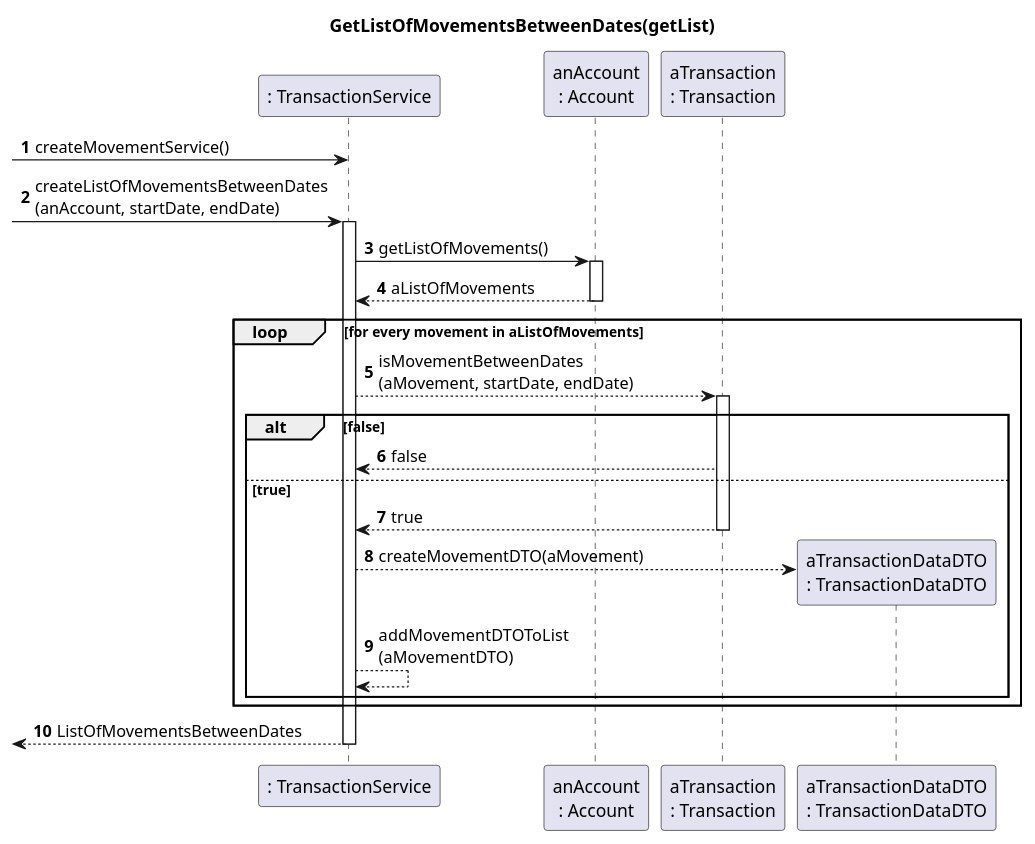
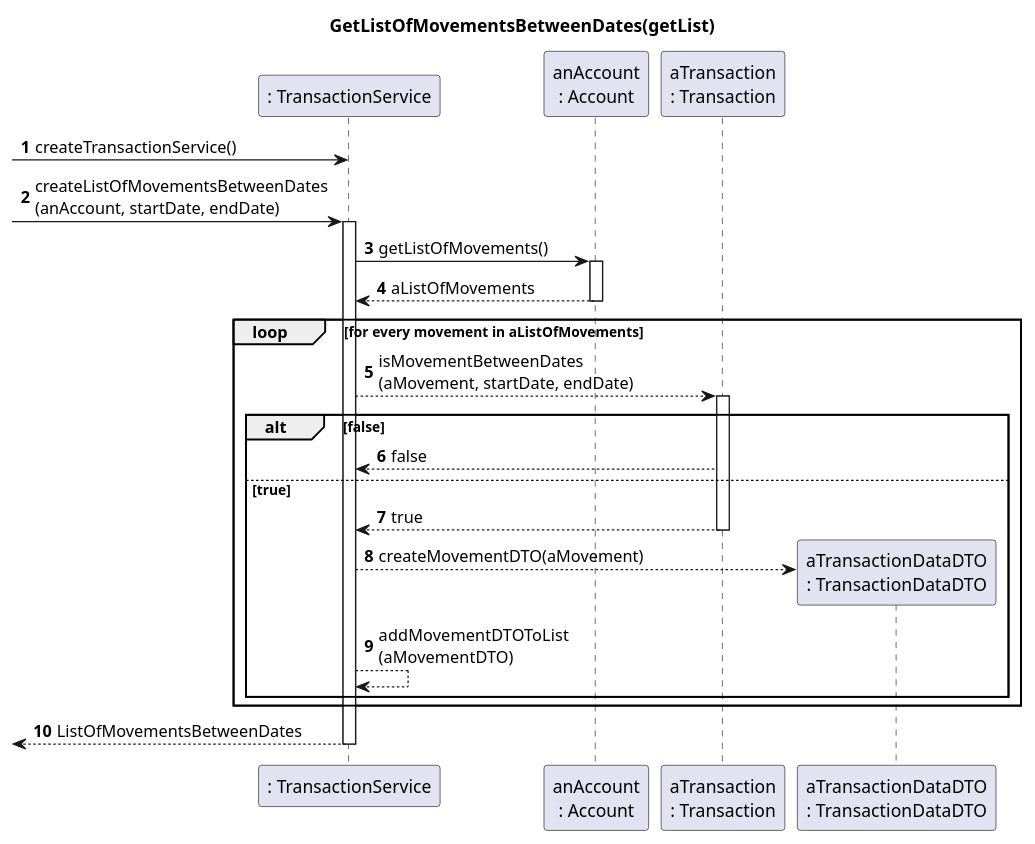
One commit to tomas-osswald/switch_2020_g3 changed the third of 4 diagrams in docs/sprint2/user_stories/US186_GetListOfMovementsBetweenDates.md. Above: the diagram before and after it, drawn with PlantUML. The commit also changed other lines of this file and 1 other file, not shown here.

Commit message:
Change to documentation

`````diff
--- a/docs/sprint2/user_stories/US186_GetListOfMovementsBetweenDates.md
+++ b/docs/sprint2/user_stories/US186_GetListOfMovementsBetweenDates.md
@@ -130,35 +131,35 @@
 ````puml
 autonumber
 
 title GetListOfMovementsBetweenDates(getList)
 
 participant ": TransactionService" as TransactionService
 participant "anAccount\n: Account" as Account
 participant "aTransaction\n: Transaction" as Transaction
 participant "aTransactionDataDTO\n: TransactionDataDTO" as TransactionDataDTO
 
--> TransactionService ** : createMovementService()
+-> TransactionService ** : createTransactionService()
 -> TransactionService : createListOfMovementsBetweenDates\n(anAccount, startDate, endDate)
 activate TransactionService
 
 TransactionService -> Account : getListOfMovements()
 activate Account
 Account --> TransactionService : aListOfMovements
 deactivate Account
 
 loop for every movement in aListOfMovements
 TransactionService --> Transaction : isMovementBetweenDates\n(aMovement, startDate, endDate)
 activate Transaction
 alt false
 Transaction --> TransactionService : false
 else true
 Transaction --> TransactionService : true
 deactivate Transaction
 TransactionService --> TransactionDataDTO ** : createMovementDTO(aMovement)
 TransactionService --> TransactionService : addMovementDTOToList\n(aMovementDTO)
 end
 end
 
 <-- TransactionService : ListOfMovementsBetweenDates
 deactivate TransactionService
 ````
`````
